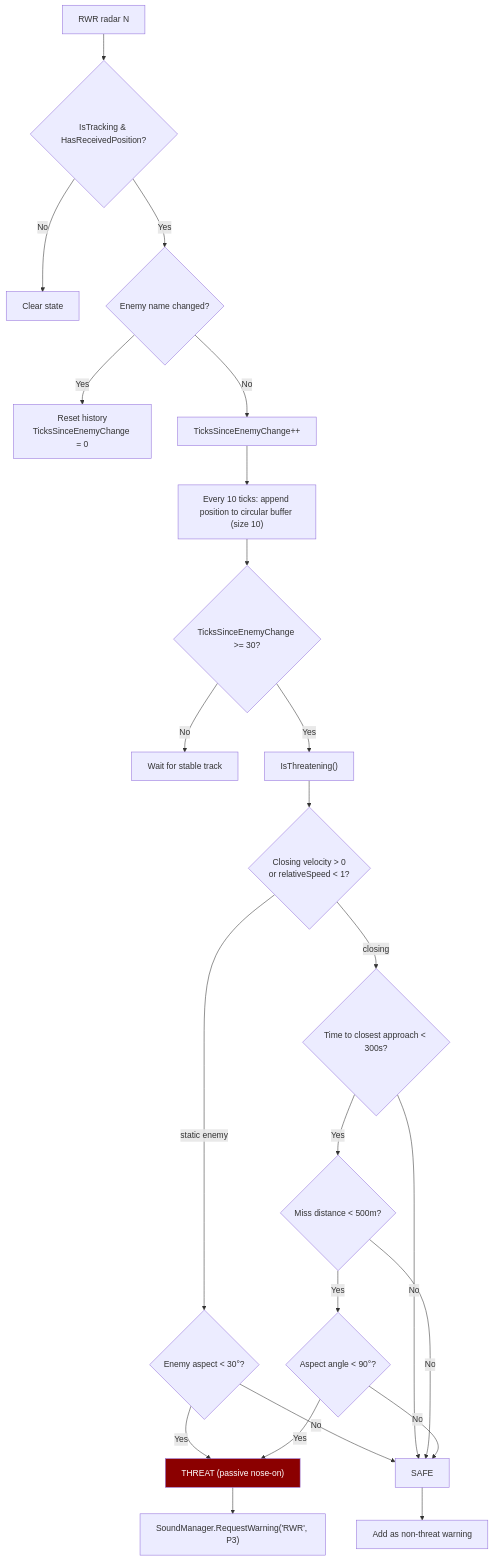
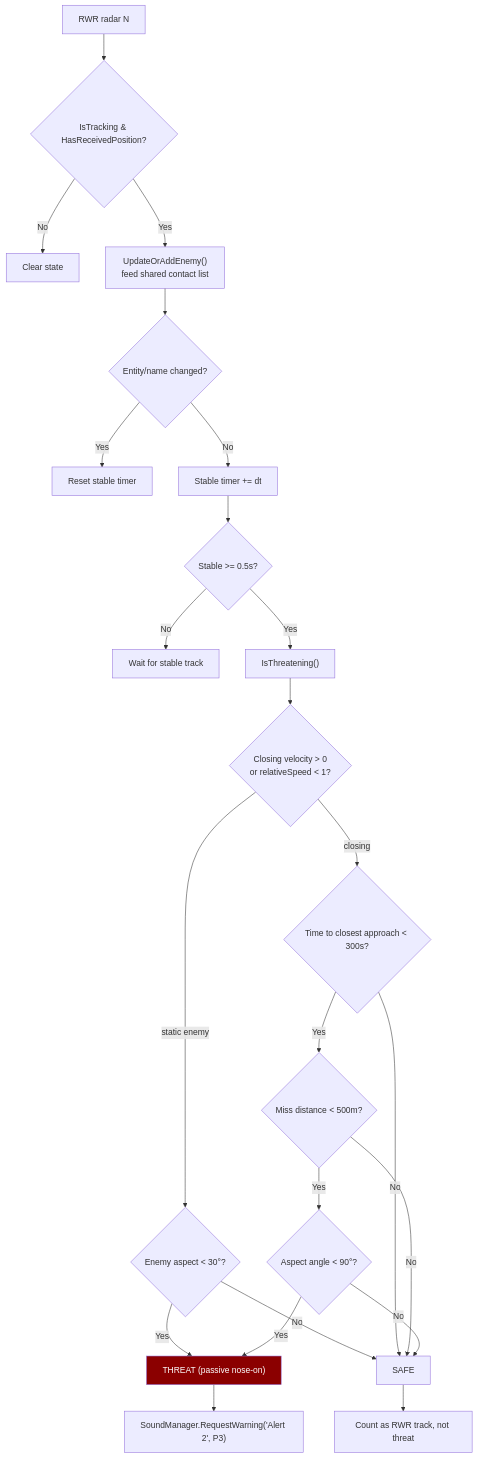
One commit to Terilia/JetOS changed the third of 8 diagrams in docs/weapons.md. Above: the diagram before and after it, drawn with Mermaid. The commit also changed other lines of this file and 28 other files, not shown here.

````diff
--- a/docs/weapons.md
+++ b/docs/weapons.md
@@ -141,29 +143,29 @@
 ```mermaid
 flowchart TD
     RWR["RWR radar N"] --> TR{IsTracking &amp; HasReceivedPosition?}
     TR -- "No" --> CL["Clear state"]
-    TR -- "Yes" --> EN{Enemy name changed?}
-    EN -- "Yes" --> RST["Reset history<br/>TicksSinceEnemyChange = 0"]
-    EN -- "No" --> INC["TicksSinceEnemyChange++"]
-    INC --> HIST["Every 10 ticks: append position to circular buffer (size 10)"]
-    HIST --> ST{TicksSinceEnemyChange &gt;= 30?}
+    TR -- "Yes" --> PUB["UpdateOrAddEnemy()<br/>feed shared contact list"]
+    PUB --> EN{Entity/name changed?}
+    EN -- "Yes" --> RST["Reset stable timer"]
+    EN -- "No" --> INC["Stable timer += dt"]
+    INC --> ST{Stable &gt;= 0.5s?}
     ST -- "No" --> WAIT["Wait for stable track"]
     ST -- "Yes" --> AS["IsThreatening()"]
 
     AS --> CV{Closing velocity &gt; 0<br/>or relativeSpeed &lt; 1?}
     CV -- "static enemy" --> AA{Enemy aspect &lt; 30°?}
     AA -- "Yes" --> THR["THREAT (passive nose-on)"]
     AA -- "No" --> SAFE
     CV -- "closing" --> TCA{Time to closest approach &lt; 300s?}
     TCA -- "No" --> SAFE
     TCA -- "Yes" --> MISS{Miss distance &lt; 500m?}
     MISS -- "No" --> SAFE
     MISS -- "Yes" --> ASP{Aspect angle &lt; 90°?}
     ASP -- "No" --> SAFE
     ASP -- "Yes" --> THR
 
-    THR --> SND["SoundManager.RequestWarning('RWR', P3)"]
-    SAFE --> WW["Add as non-threat warning"]
+    THR --> SND["SoundManager.RequestWarning('Alert 2', P3)"]
+    SAFE --> CNT["Count as RWR track, not threat"]
 
     style THR fill:#8b0000,color:#fff
 ```
````
